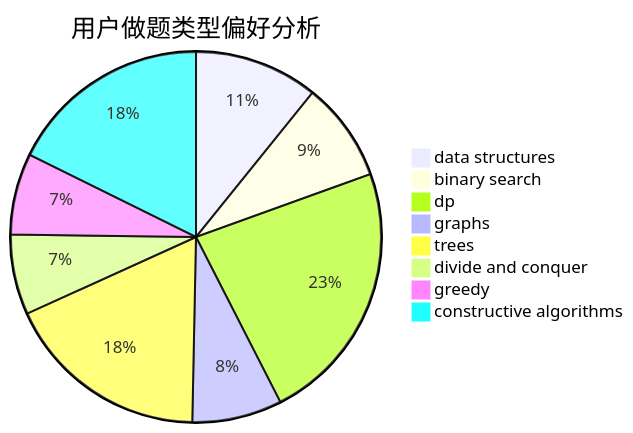
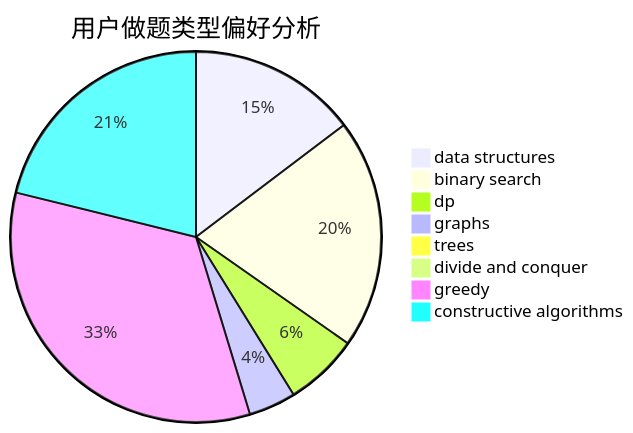
Before and after one commit to sherpahu/cfrs.github.io: the second of 3 diagrams in docs/user/u1541.md, drawn with Mermaid. The commit also changed other lines of this file and 2770 other files, not shown here.

````diff
--- a/docs/user/u1541.md
+++ b/docs/user/u1541.md
@@ -23,11 +23,11 @@
 ```mermaid
 pie title 用户做题类型偏好分析
-    "data structures" :  102
-    "binary search" :  82
-    "dp" :  217
-    "graphs" :  74
-    "trees" :  169
-    "divide and conquer" :  66
-    "greedy" :  67
-    "constructive algorithms" :  167
+    "data structures" :  239
+    "binary search" :  326
+    "dp" :  105
+    "graphs" :  67
+    "trees" :  10
+    "divide and conquer" :  1
+    "greedy" :  546
+    "constructive algorithms" :  344
 ```
````
